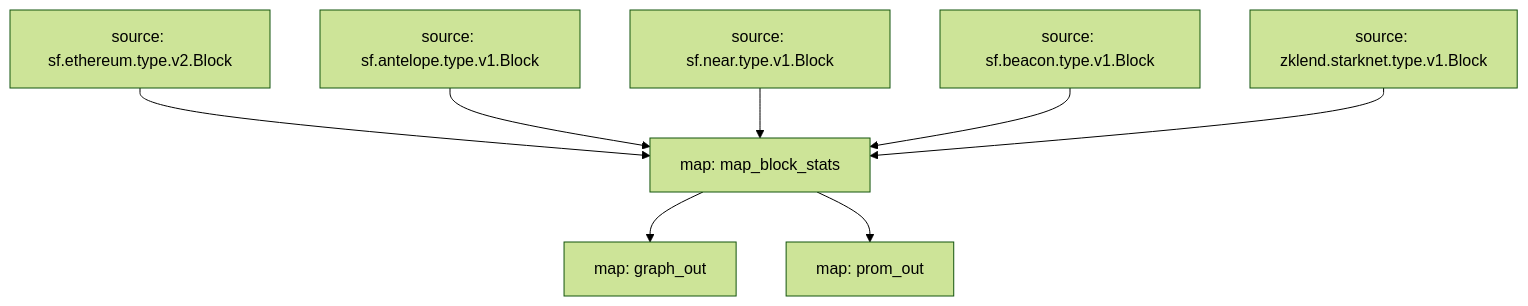
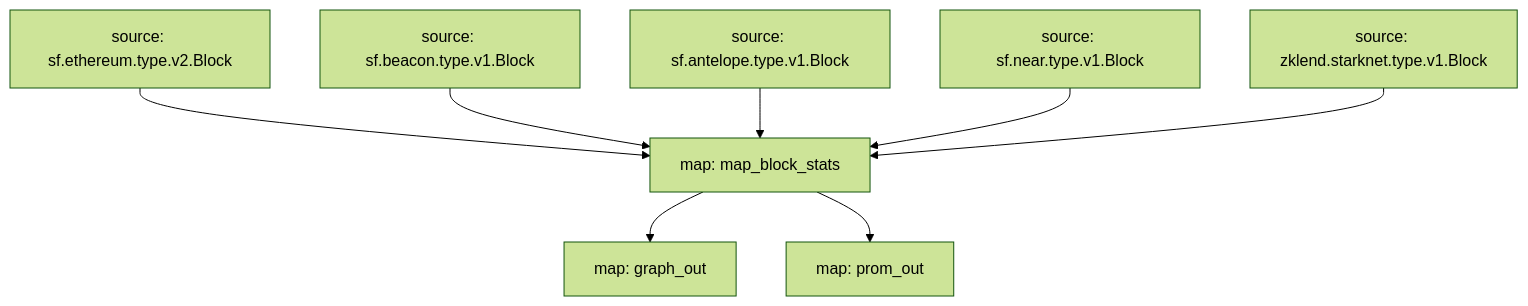
The diagram in README.md (pinax-network/subtivity-substreams), drawn with Mermaid (forest theme) before and after one commit. The commit also changed other lines of this file, not shown here.

````diff
--- a/README.md
+++ b/README.md
@@ -60,13 +65,13 @@
 ```mermaid
 graph TD;
   map_block_stats[map: map_block_stats]
   sf.ethereum.type.v2.Block[source: sf.ethereum.type.v2.Block] --> map_block_stats
+  sf.beacon.type.v1.Block[source: sf.beacon.type.v1.Block] --> map_block_stats
   sf.antelope.type.v1.Block[source: sf.antelope.type.v1.Block] --> map_block_stats
   sf.near.type.v1.Block[source: sf.near.type.v1.Block] --> map_block_stats
-  sf.beacon.type.v1.Block[source: sf.beacon.type.v1.Block] --> map_block_stats
   zklend.starknet.type.v1.Block[source: zklend.starknet.type.v1.Block] --> map_block_stats
   graph_out[map: graph_out]
   map_block_stats --> graph_out
   prom_out[map: prom_out]
   map_block_stats --> prom_out
 ```
````
